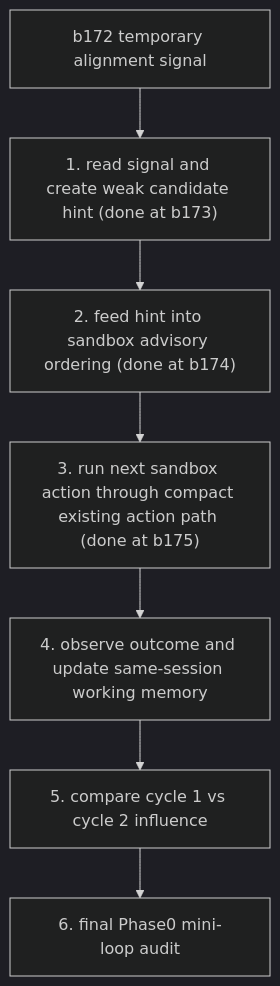
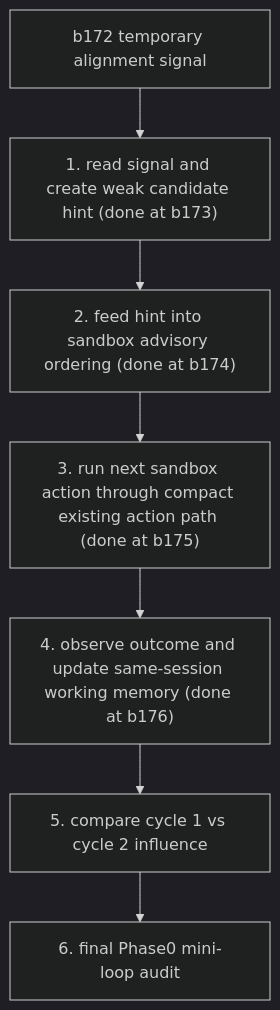
The diagram in docs/phase0_minimal_learning_action_memory_loop_plan.md (DeifiedXE/ashl_core_lab_v0), drawn with Mermaid (dark theme) before and after one commit. The commit also changed other lines of this file and 11 other files, not shown here.

Commit message:
Add thought memory action outcome working memory update

````diff
--- a/docs/phase0_minimal_learning_action_memory_loop_plan.md
+++ b/docs/phase0_minimal_learning_action_memory_loop_plan.md
@@ -116,9 +121,9 @@
 ```mermaid
 flowchart TD
     A["b172 temporary alignment signal"] --> B["1. read signal and create weak candidate hint (done at b173)"]
     B --> C["2. feed hint into sandbox advisory ordering (done at b174)"]
     C --> D["3. run next sandbox action through compact existing action path (done at b175)"]
-    D --> E["4. observe outcome and update same-session working memory"]
+    D --> E["4. observe outcome and update same-session working memory (done at b176)"]
     E --> F["5. compare cycle 1 vs cycle 2 influence"]
     F --> G["6. final Phase0 mini-loop audit"]
 ```
````
